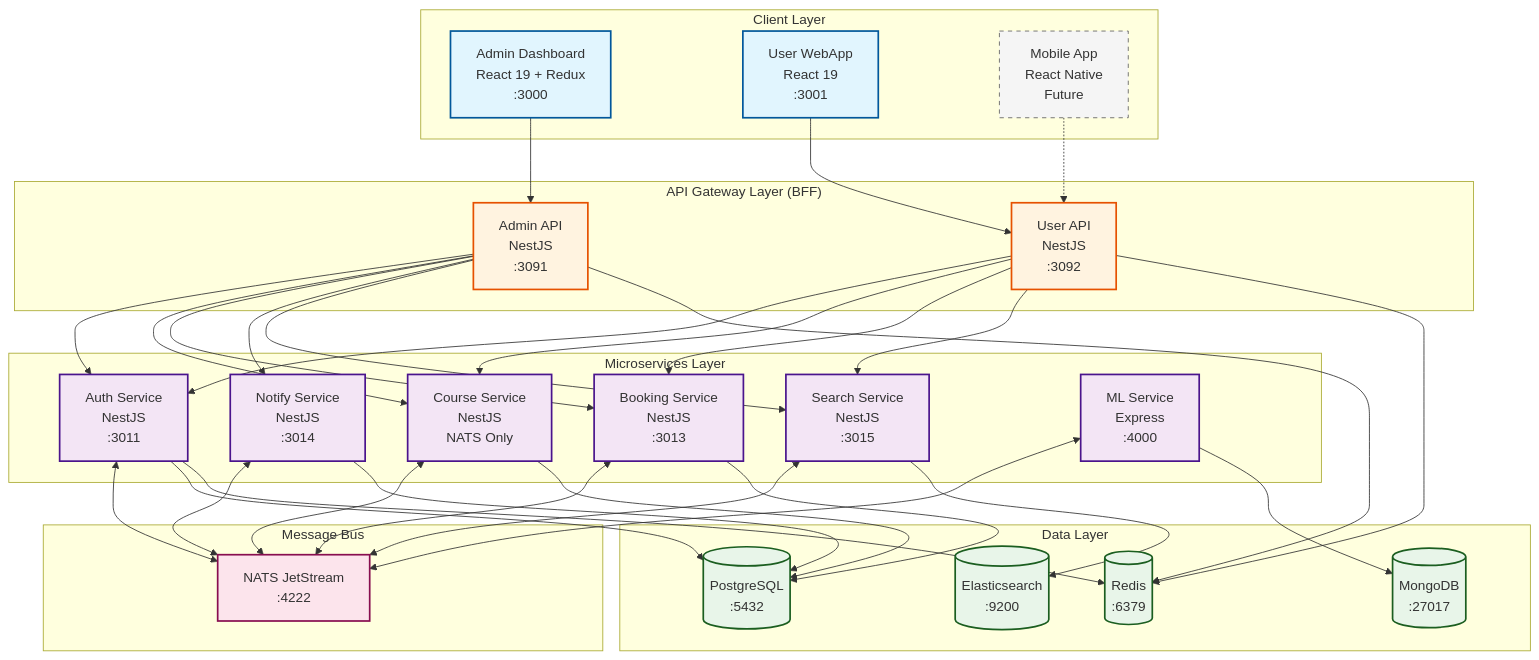
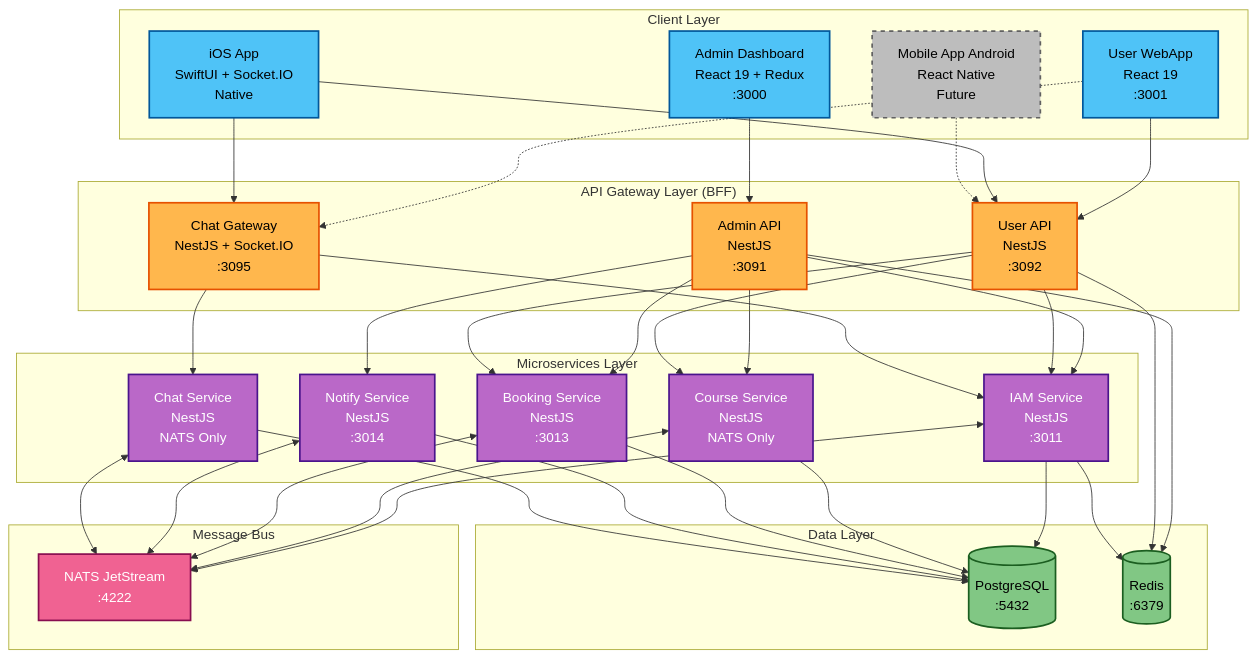
Before and after one commit to uniyous/parkgolf-platform: the first of 10 diagrams in docs/ARCHITECTURE.md, drawn with Mermaid. The commit also changed other lines of this file and 4 other files, not shown here.

````diff
--- a/docs/ARCHITECTURE.md
+++ b/docs/ARCHITECTURE.md
@@ -37,21 +37,22 @@
     subgraph "Client Layer"
         AD[Admin Dashboard<br/>React 19 + Redux<br/>:3000]
         UW[User WebApp<br/>React 19<br/>:3001]
-        MA[Mobile App<br/>React Native<br/>Future]
+        IOS[iOS App<br/>SwiftUI + Socket.IO<br/>Native]
+        MA[Mobile App Android<br/>React Native<br/>Future]
     end
 
     subgraph "API Gateway Layer (BFF)"
         AAPI[Admin API<br/>NestJS<br/>:3091]
         UAPI[User API<br/>NestJS<br/>:3092]
+        CHATGW[Chat Gateway<br/>NestJS + Socket.IO<br/>:3095]
     end
 
     subgraph "Microservices Layer"
-        AUTH[Auth Service<br/>NestJS<br/>:3011]
+        IAM[IAM Service<br/>NestJS<br/>:3011]
         COURSE[Course Service<br/>NestJS<br/>NATS Only]
         BOOK[Booking Service<br/>NestJS<br/>:3013]
         NOTIFY[Notify Service<br/>NestJS<br/>:3014]
-        SEARCH[Search Service<br/>NestJS<br/>:3015]
-        ML[ML Service<br/>Express<br/>:4000]
+        CHAT[Chat Service<br/>NestJS<br/>NATS Only]
     end
 
     subgraph "Message Bus"
@@ -61,59 +62,60 @@
     subgraph "Data Layer"
         PG[(PostgreSQL<br/>:5432)]
         REDIS[(Redis<br/>:6379)]
-        ES[(Elasticsearch<br/>:9200)]
-        MONGO[(MongoDB<br/>:27017)]
     end
 
     %% Client to BFF connections
     AD --> AAPI
     UW --> UAPI
+    UW -.-> CHATGW
+    IOS --> UAPI
+    IOS --> CHATGW
     MA -.-> UAPI
 
     %% BFF to Services connections
-    AAPI --> AUTH
+    AAPI --> IAM
     AAPI --> COURSE
     AAPI --> BOOK
     AAPI --> NOTIFY
-    AAPI --> SEARCH
-    
-    UAPI --> AUTH
+
+    UAPI --> IAM
     UAPI --> COURSE
     UAPI --> BOOK
-    UAPI --> SEARCH
+
+    %% Chat Gateway connections
+    CHATGW --> CHAT
+    CHATGW --> IAM
 
     %% Service to NATS connections
-    AUTH <--> NATS
+    IAM <--> NATS
     COURSE <--> NATS
     BOOK <--> NATS
     NOTIFY <--> NATS
-    SEARCH <--> NATS
-    ML <--> NATS
+    CHAT <--> NATS
 
     %% Service to Database connections
-    AUTH --> PG
+    IAM --> PG
     COURSE --> PG
     BOOK --> PG
     NOTIFY --> PG
-    SEARCH --> ES
-    ML --> MONGO
+    CHAT --> PG
 
     %% Cache connections
     AAPI --> REDIS
     UAPI --> REDIS
-    AUTH --> REDIS
+    IAM --> REDIS
 
-    classDef frontend fill:#e1f5fe,stroke:#01579b,stroke-width:2px
-    classDef bff fill:#fff3e0,stroke:#e65100,stroke-width:2px
-    classDef service fill:#f3e5f5,stroke:#4a148c,stroke-width:2px
-    classDef data fill:#e8f5e9,stroke:#1b5e20,stroke-width:2px
-    classDef message fill:#fce4ec,stroke:#880e4f,stroke-width:2px
-    classDef future fill:#f5f5f5,stroke:#616161,stroke-width:1px,stroke-dasharray: 5 5
+    classDef frontend fill:#4fc3f7,stroke:#01579b,stroke-width:2px,color:#000
+    classDef bff fill:#ffb74d,stroke:#e65100,stroke-width:2px,color:#000
+    classDef service fill:#ba68c8,stroke:#4a148c,stroke-width:2px,color:#fff
+    classDef data fill:#81c784,stroke:#1b5e20,stroke-width:2px,color:#000
+    classDef message fill:#f06292,stroke:#880e4f,stroke-width:2px,color:#fff
+    classDef future fill:#bdbdbd,stroke:#616161,stroke-width:2px,stroke-dasharray: 5 5,color:#000
 
-    class AD,UW frontend
-    class AAPI,UAPI bff
-    class AUTH,COURSE,BOOK,NOTIFY,SEARCH,ML service
-    class PG,REDIS,ES,MONGO data
+    class AD,UW,IOS frontend
+    class AAPI,UAPI,CHATGW bff
+    class IAM,COURSE,BOOK,NOTIFY,CHAT service
+    class PG,REDIS data
     class NATS message
     class MA future
 ```
````
